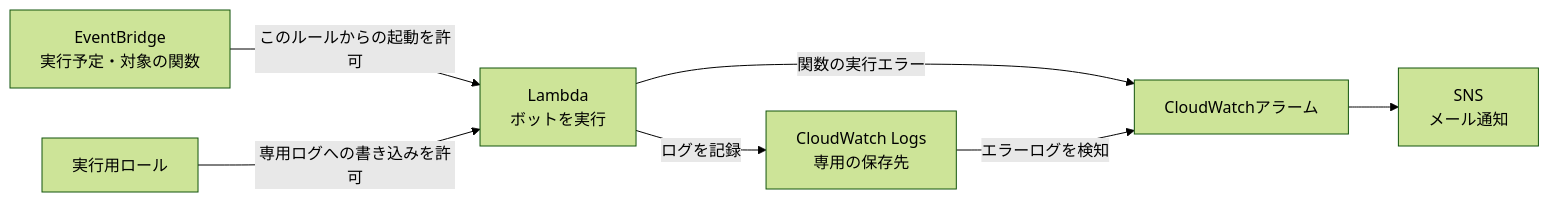
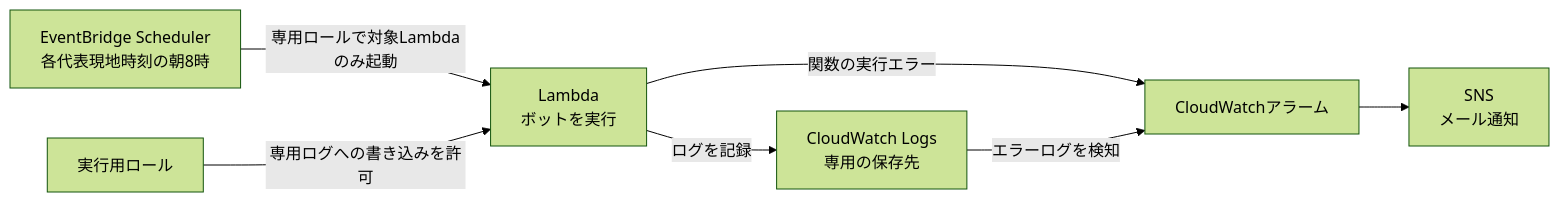
Before and after one commit to shin4488/MlbBot: the second of 2 diagrams in infra/README.md, drawn with Mermaid (forest theme). The commit also changed other lines of this file and 23 other files, not shown here.

````diff
--- a/infra/README.md
+++ b/infra/README.md
@@ -47,9 +47,9 @@
 ```mermaid
 flowchart LR
-    E["EventBridge<br>実行予定・対象の関数"] -->|このルールからの起動を許可| L["Lambda<br>ボットを実行"]
+    E["EventBridge Scheduler<br>各代表現地時刻の朝8時"] -->|専用ロールで対象Lambdaのみ起動| L["Lambda<br>ボットを実行"]
     R["実行用ロール"] -->|専用ログへの書き込みを許可| L
     L -->|ログを記録| G["CloudWatch Logs<br>専用の保存先"]
     L -->|関数の実行エラー| A["CloudWatchアラーム"]
     G -->|エラーログを検知| A
     A --> S["SNS<br>メール通知"]
 ```
````
